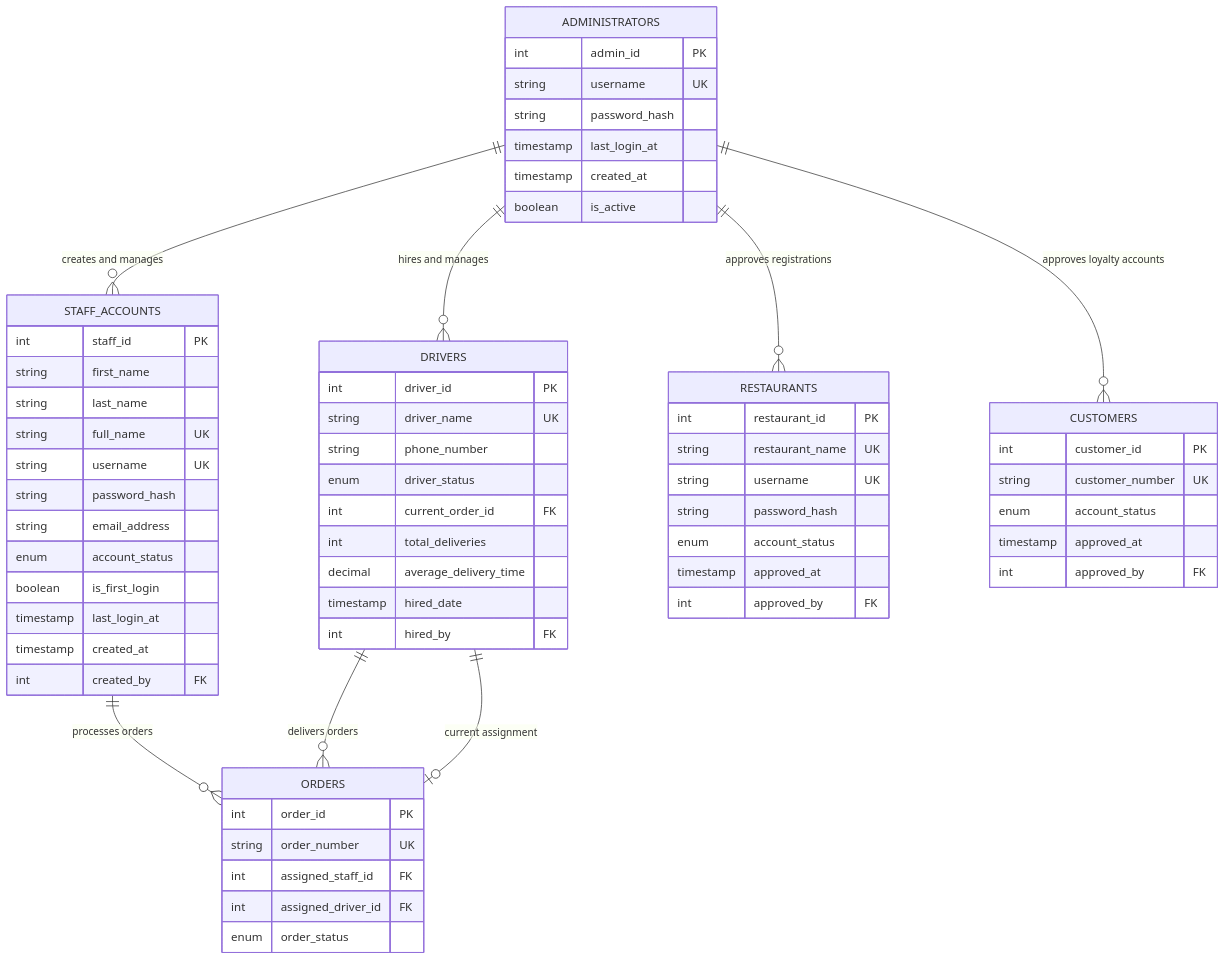
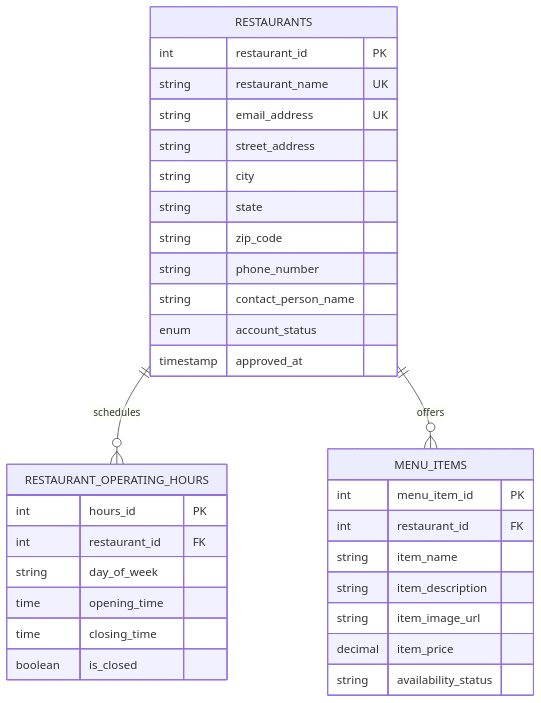
Before and after one commit to kassi-bertrand/frontdash: the second of 4 diagrams in docs/frontdash-database-design.md, drawn with Mermaid. The commit also changed other lines of this file, not shown here.

Commit message:
docs: refresh database design diagrams

````diff
--- a/docs/frontdash-database-design.md
+++ b/docs/frontdash-database-design.md
@@ -636,73 +425,38 @@
 ```mermaid
 erDiagram
-    ADMINISTRATORS {
-        int admin_id PK
-        string username UK
-        string password_hash
-        timestamp last_login_at
-        timestamp created_at
-        boolean is_active
-    }
-    
-    STAFF_ACCOUNTS {
-        int staff_id PK
-        string first_name
-        string last_name
-        string full_name UK
-        string username UK
-        string password_hash
-        string email_address
-        enum account_status
-        boolean is_first_login
-        timestamp last_login_at
-        timestamp created_at
-        int created_by FK
-    }
-    
-    DRIVERS {
-        int driver_id PK
-        string driver_name UK
-        string phone_number
-        enum driver_status
-        int current_order_id FK
-        int total_deliveries
-        decimal average_delivery_time
-        timestamp hired_date
-        int hired_by FK
-    }
-    
-    RESTAURANTS {
-        int restaurant_id PK
-        string restaurant_name UK
-        string username UK
-        string password_hash
-        enum account_status
-        timestamp approved_at
-        int approved_by FK
-    }
-    
-    CUSTOMERS {
-        int customer_id PK
-        string customer_number UK
-        enum account_status
-        timestamp approved_at
-        int approved_by FK
-    }
-    
-    ORDERS {
-        int order_id PK
-        string order_number UK
-        int assigned_staff_id FK
-        int assigned_driver_id FK
-        enum order_status
-    }
-    
-    ADMINISTRATORS ||--o{ STAFF_ACCOUNTS : "creates and manages"
-    ADMINISTRATORS ||--o{ DRIVERS : "hires and manages"
-    ADMINISTRATORS ||--o{ RESTAURANTS : "approves registrations"
-    ADMINISTRATORS ||--o{ CUSTOMERS : "approves loyalty accounts"
-    
-    STAFF_ACCOUNTS ||--o{ ORDERS : "processes orders"
-    DRIVERS ||--o{ ORDERS : "delivers orders"
-    DRIVERS ||--o| ORDERS : "current assignment"
+  RESTAURANTS {
+    int restaurant_id PK
+    string restaurant_name UK
+    string email_address UK
+    string street_address
+    string city
+    string state
+    string zip_code
+    string phone_number
+    string contact_person_name
+    enum account_status
+    timestamp approved_at
+  }
+
+  RESTAURANT_OPERATING_HOURS {
+    int hours_id PK
+    int restaurant_id FK
+    string day_of_week
+    time opening_time
+    time closing_time
+    boolean is_closed
+  }
+
+  MENU_ITEMS {
+    int menu_item_id PK
+    int restaurant_id FK
+    string item_name
+    string item_description
+    string item_image_url
+    decimal item_price
+    string availability_status
+  }
+
+  RESTAURANTS ||--o{ RESTAURANT_OPERATING_HOURS : schedules
+  RESTAURANTS ||--o{ MENU_ITEMS : offers
 ```
````
